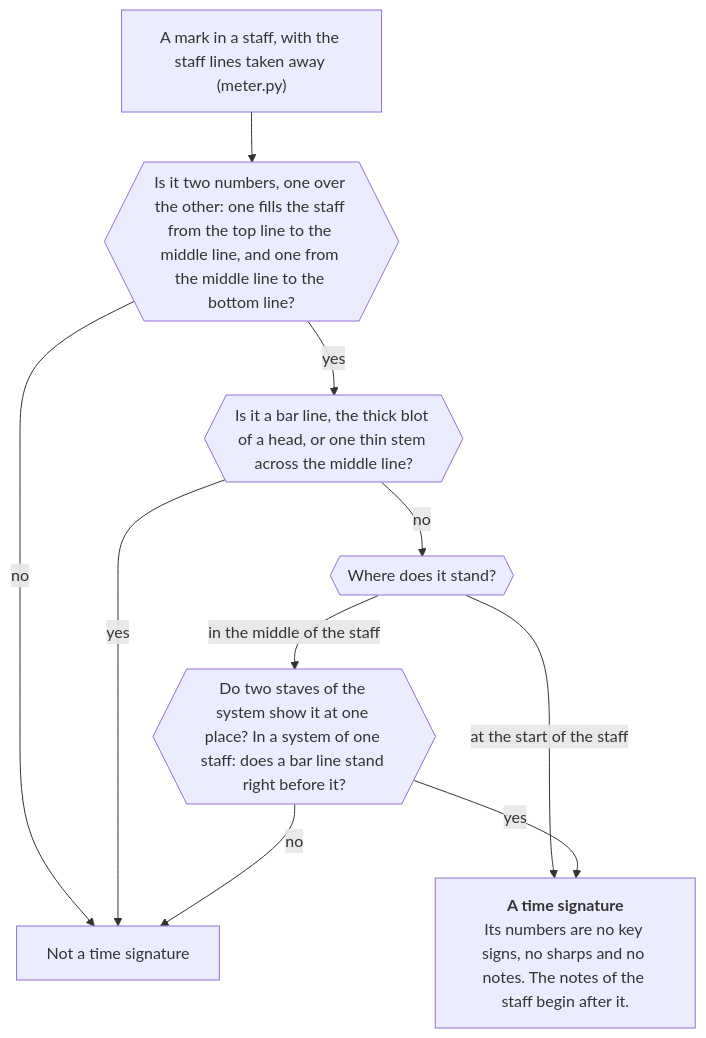
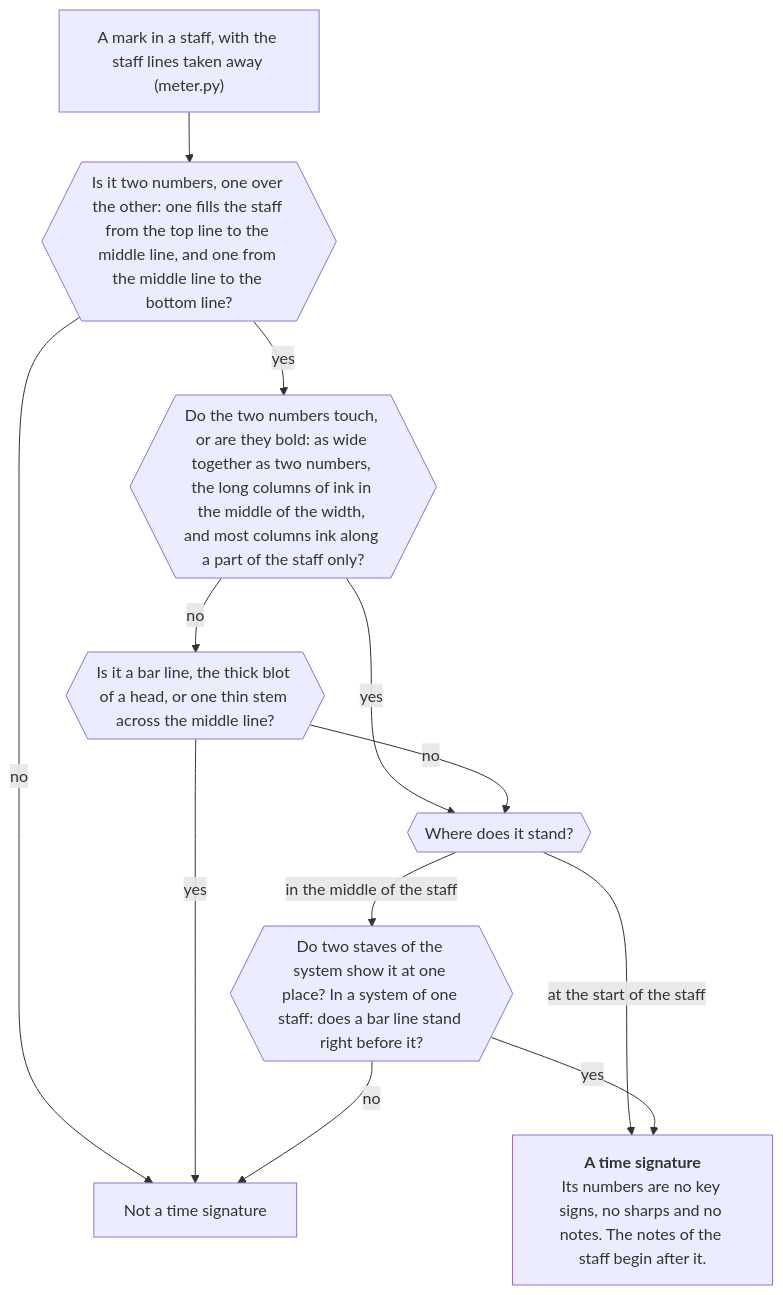
The seventh of 12 diagrams in README.md (sweet-cicero/ScoreReader), drawn with Mermaid before and after one commit. The commit also changed other lines of this file and 3 other files, not shown here.

First line of the commit message:
Time signatures whose numbers touch, and a false triplet in the words

````diff
--- a/README.md
+++ b/README.md
@@ -223,12 +226,14 @@
 ```mermaid
 flowchart TD
     mark["A mark in a staff, with the staff lines taken away (meter.py)"] --> halves{{"Is it two numbers, one over the other: one fills the staff from the top line to the middle line, and one from the middle line to the bottom line?"}}
     halves -- "no" --> other["Not a time signature"]
-    halves -- "yes" --> note{{"Is it a bar line, the thick blot of a head, or one thin stem across the middle line?"}}
+    halves -- "yes" --> stack{{"Do the two numbers touch, or are they bold: as wide together as two numbers, the long columns of ink in the middle of the width, and most columns ink along a part of the staff only?"}}
+    stack -- "yes" --> where
+    stack -- "no" --> note{{"Is it a bar line, the thick blot of a head, or one thin stem across the middle line?"}}
     note -- "yes" --> other
     note -- "no" --> where{{"Where does it stand?"}}
     where -- "at the start of the staff" --> time["<b>A time signature</b><br/>Its numbers are no key signs, no sharps and no notes. The notes of the staff begin after it."]
     where -- "in the middle of the staff" --> agree{{"Do two staves of the system show it at one place? In a system of one staff: does a bar line stand right before it?"}}
     agree -- "yes" --> time
     agree -- "no" --> other
 ```
````
